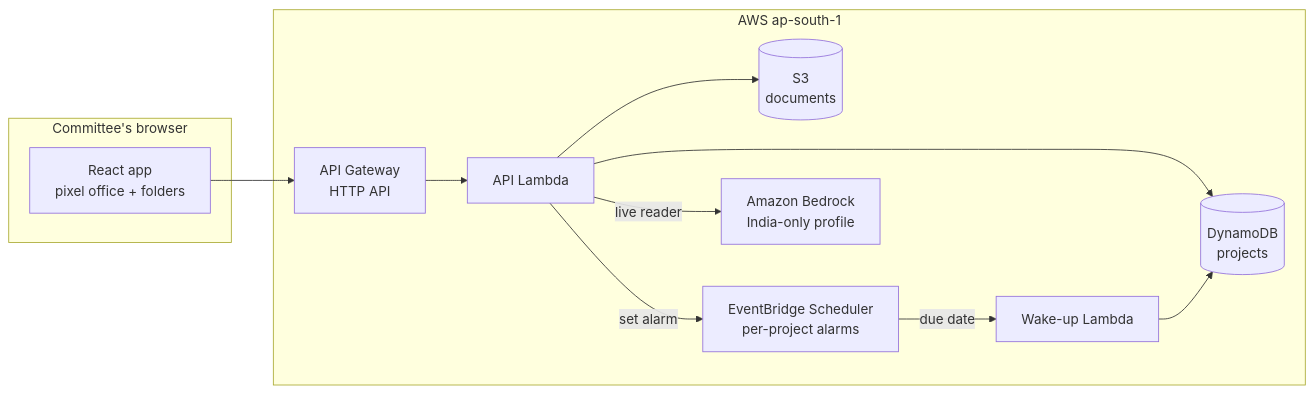
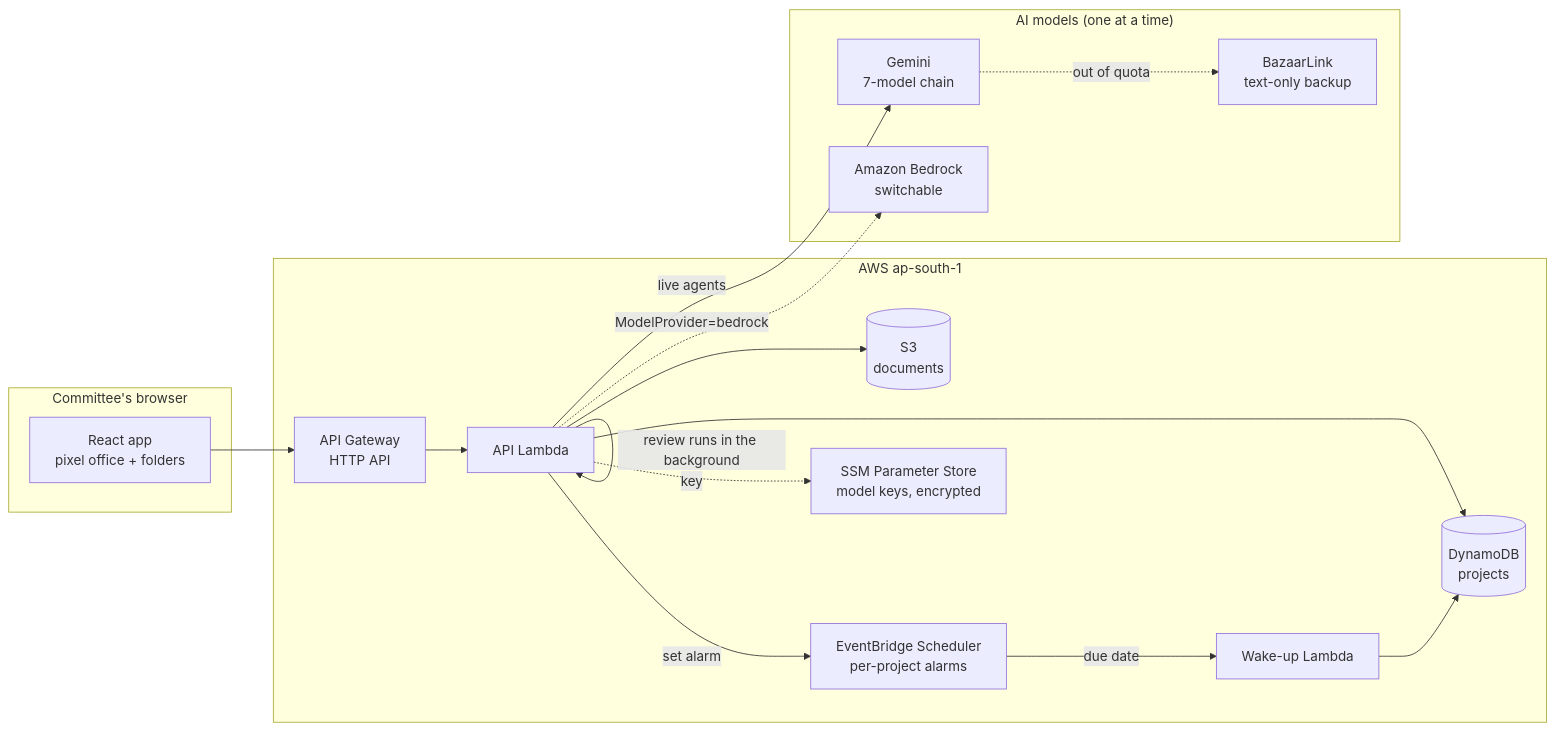
The first of 4 diagrams in README.md (kh-bikash/solarsabha), drawn with Mermaid before and after one commit. The commit also changed other lines of this file and 29 other files, not shown here.

First line of the commit message:
Run the agents on Gemini with fallbacks, background reviews and versioned saves

````diff
--- a/README.md
+++ b/README.md
@@ -59,20 +60,29 @@
 ```mermaid
 flowchart LR
   subgraph Browser["Committee's browser"]
     UI["React app<br/>pixel office + folders"]
   end
   subgraph AWS["AWS ap-south-1"]
     APIGW["API Gateway<br/>HTTP API"]
     API["API Lambda"]
     WAKE["Wake-up Lambda"]
     DDB[("DynamoDB<br/>projects")]
     S3[("S3<br/>documents")]
     SCHED["EventBridge Scheduler<br/>per-project alarms"]
-    BR["Amazon Bedrock<br/>India-only profile"]
+    SSM["SSM Parameter Store<br/>model keys, encrypted"]
+  end
+  subgraph Models["AI models (one at a time)"]
+    GEM["Gemini<br/>7-model chain"]
+    BAK["BazaarLink<br/>text-only backup"]
+    BR["Amazon Bedrock<br/>switchable"]
   end
   UI --> APIGW --> API
   API --> DDB & S3
-  API -- "live reader" --> BR
+  API -- "review runs in the background" --> API
+  API -. "key" .-> SSM
+  API -- "live agents" --> GEM
+  GEM -. "out of quota" .-> BAK
+  API -. "ModelProvider=bedrock" .-> BR
   API -- "set alarm" --> SCHED
   SCHED -- "due date" --> WAKE --> DDB
 ```
````
